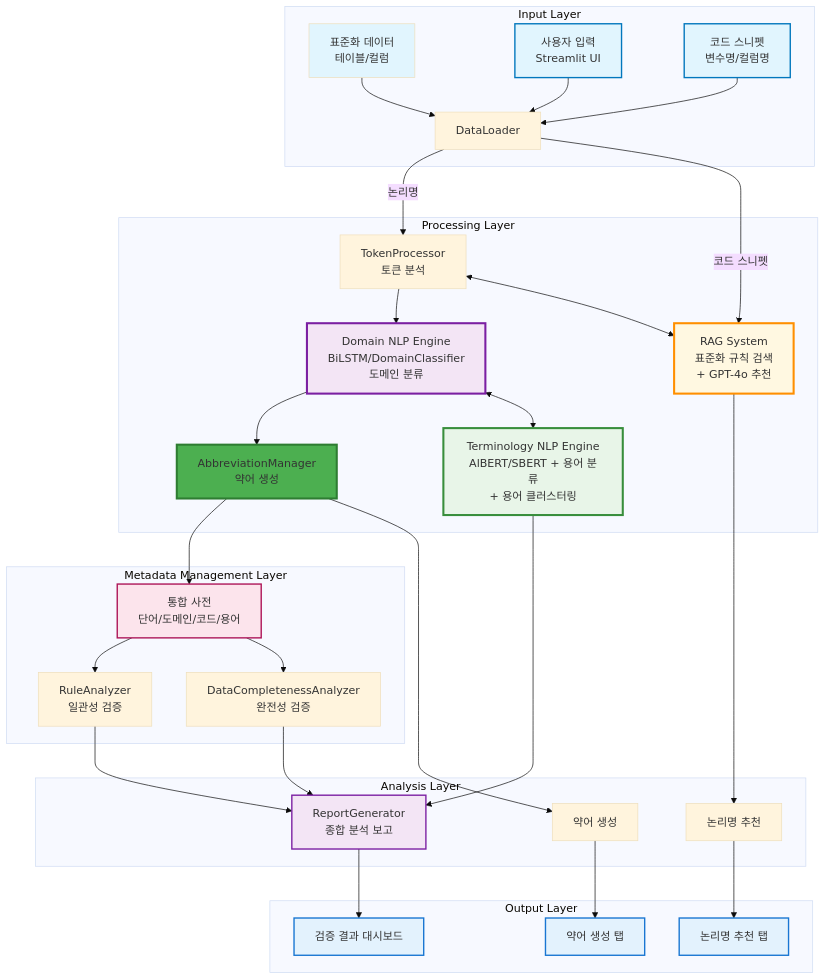
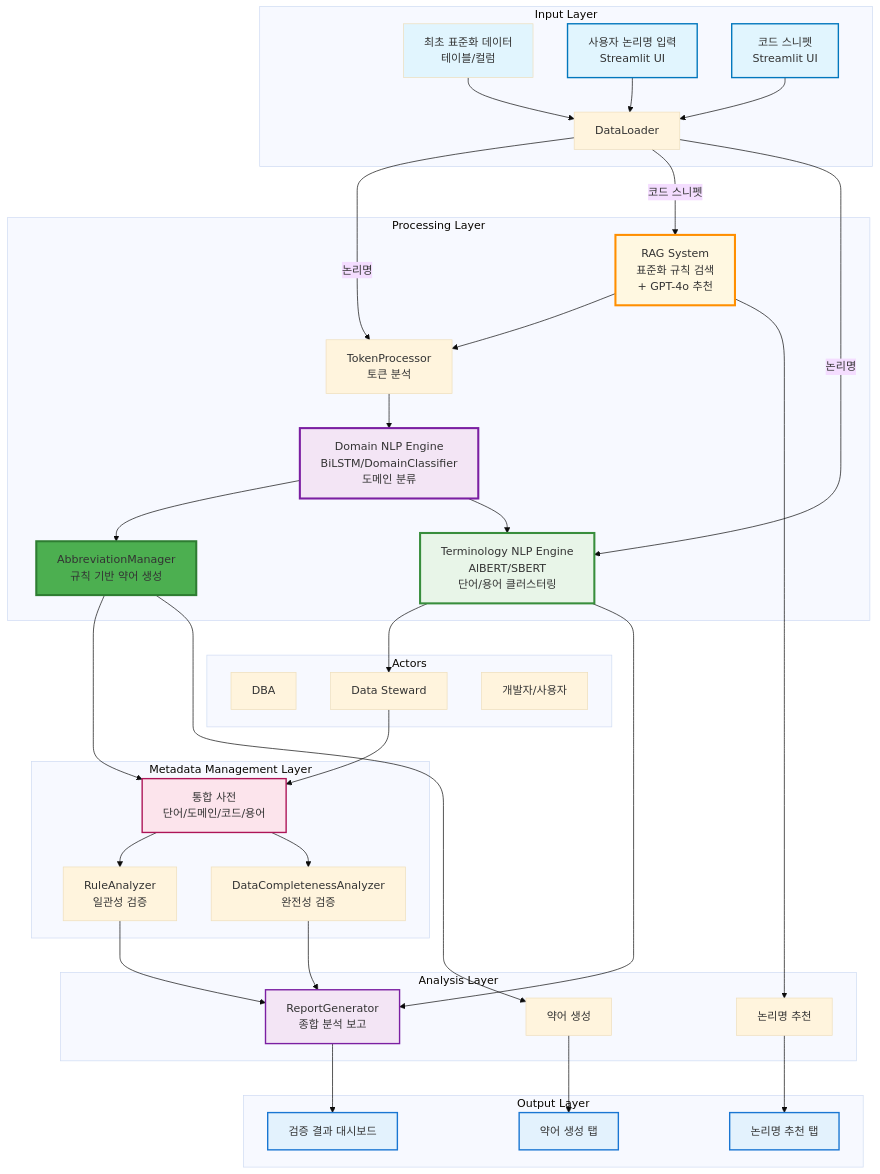
The first of 31 diagrams in docs/portfolio/flowchart.qmd (kmink3225/website), drawn with Mermaid (base theme) before and after one commit. The commit also changed 3 other files, not shown here.

Commit message:
flow chart

````diff
--- a/docs/portfolio/flowchart.qmd
+++ b/docs/portfolio/flowchart.qmd
@@ -3,58 +3,67 @@
 ```{mermaid}
 graph TB
     subgraph "Input Layer"
-        A[표준화 데이터<br/>테이블/컬럼] --> B[DataLoader]
-        A1[사용자 입력<br/>Streamlit UI] --> B
-        A2[코드 스니펫<br/>변수명/컬럼명] --> B
+        A[최초 표준화 데이터<br/>테이블/컬럼] --> B[DataLoader]
+        A1[사용자 논리명 입력<br/>Streamlit UI] --> B
+        A2[코드 스니펫<br/>Streamlit UI] --> B
     end
     
     subgraph "Processing Layer"
         B -->|논리명| C[TokenProcessor<br/>토큰 분석]
         C --> D[Domain NLP Engine<br/>BiLSTM/DomainClassifier<br/>도메인 분류]
-        D --> E[AbbreviationManager<br/>약어 생성]
+        D --> E[AbbreviationManager<br/>규칙 기반 약어 생성]
         
         RAG[RAG System<br/>표준화 규칙 검색<br/>+ GPT-4o 추천]
-        NLP[Terminology NLP Engine<br/>AlBERT/SBERT + 용어 분류<br/>+ 용어 클러스터링]
+        NLP[Terminology NLP Engine<br/>AlBERT/SBERT<br/> 단어/용어 클러스터링]
         
-        C <--> RAG
-        D <--> NLP
+        RAG --> C
+        D --> NLP
     end
 
     B --> |코드 스니펫| RAG
+    B --> |논리명| NLP
+    subgraph "Actors"
+        DBA[DBA]
+        DS[Data Steward]
+        SD[개발자/사용자]
+    end
+
+    NLP --> DS
+    DS --> MD
 
     subgraph "Metadata Management Layer"
         MD[통합 사전<br/>단어/도메인/코드/용어]
         E --> MD
         MD --> F[RuleAnalyzer<br/>일관성 검증]
         MD --> H[DataCompletenessAnalyzer<br/>완전성 검증]
     end
     
     subgraph "Analysis Layer"
         F --> G[ReportGenerator<br/>종합 분석 보고]
         H --> G
         NLP --> G
         RAG --> REC[논리명 추천]
         E --> ABR[약어 생성]
     end
     
     subgraph "Output Layer"
         G --> UI1[검증 결과 대시보드]
         REC --> UI2[논리명 추천 탭]
         ABR --> UI3[약어 생성 탭]
     end
     
     %% 스타일링
     style A fill:#e1f5fe
     style A1 fill:#e1f5fe,stroke:#0277bd,stroke-width:2px
     style A2 fill:#e1f5fe,stroke:#0277bd,stroke-width:2px
     style RAG fill:#fff8e1,stroke:#ff8f00,stroke-width:3px
     style NLP fill:#e8f5e8,stroke:#388e3c,stroke-width:3px
     style D fill:#f3e5f5,stroke:#7b1fa2,stroke-width:3px
     style E fill:#4caf50,stroke:#2e7d32,stroke-width:3px
     style MD fill:#fce4ec,stroke:#ad1457,stroke-width:2px
     style G fill:#f3e5f5,stroke:#7b1fa2,stroke-width:2px
     style UI1 fill:#e3f2fd,stroke:#1976d2,stroke-width:2px
     style UI2 fill:#e3f2fd,stroke:#1976d2,stroke-width:2px
     style UI3 fill:#e3f2fd,stroke:#1976d2,stroke-width:2px
 
 ```
````
